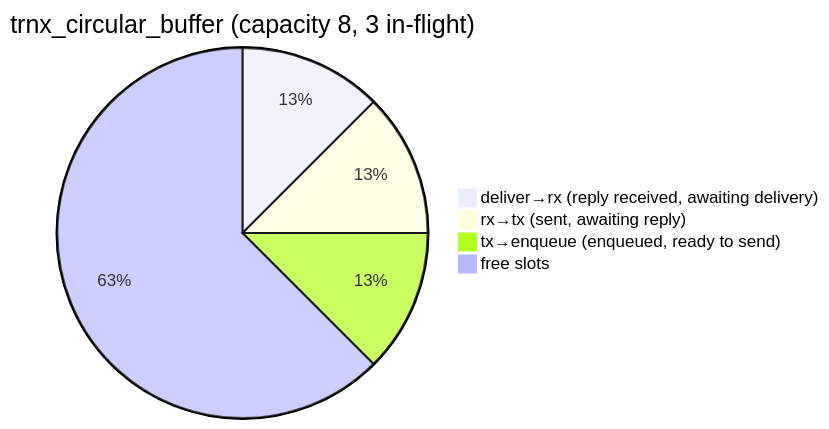
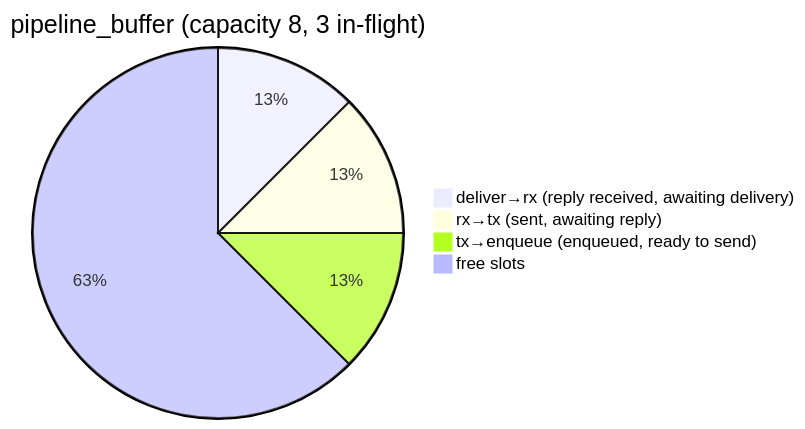
One commit to koniarik/ecor changed the second of 2 diagrams in README.md. Above: the diagram before and after it, drawn with Mermaid. The commit also changed other lines of this file and 10 other files, not shown here.

Commit message:
docs: restructure ll_source section; rename trnx_circular_buffer → pipeline_buffer and _get_stopped_t → get_stopped_t

````diff
--- a/README.md
+++ b/README.md
@@ -1012,7 +446,7 @@
 ```mermaid
-pie title trnx_circular_buffer (capacity 8, 3 in-flight)
+pie title pipeline_buffer (capacity 8, 3 in-flight)
     "deliver→rx  (reply received, awaiting delivery)" : 1
     "rx→tx  (sent, awaiting reply)" : 1
     "tx→enqueue  (enqueued, ready to send)" : 1
     "free slots" : 5
 ```
````
